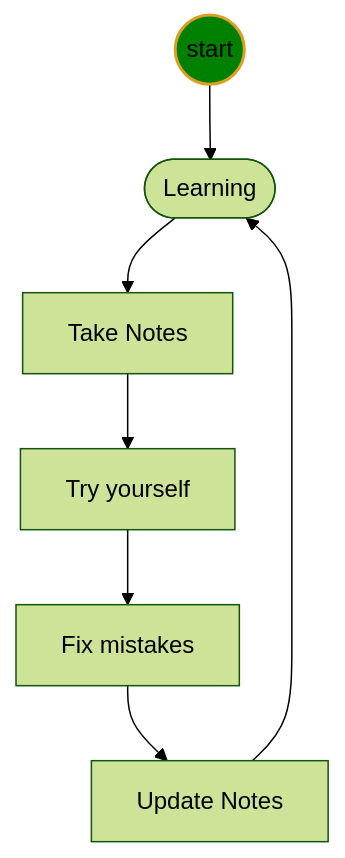
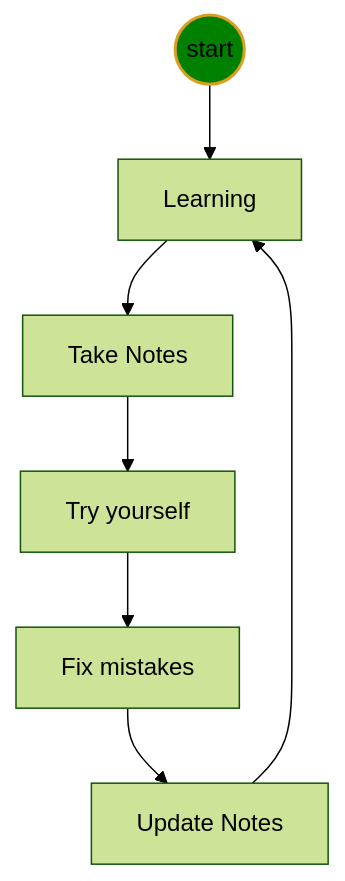
Before and after one commit to jwang1122/python1: the diagram in ReadMe.md, drawn with Mermaid (forest theme). The commit also changed other lines of this file and 7 other files, not shown here.

````diff
--- a/ReadMe.md
+++ b/ReadMe.md
@@ -11,14 +54,14 @@
 ```mermaid
 graph TB
 A((start))
-B([Learning])
+B[Learning]
 C[Take Notes]
 D[Try yourself]
 E[Fix mistakes]
 F[Update Notes]
 
 A-->B-->C-->D-->E-->F-->B
 
 classDef start fill:green,stroke:#DE9E1F,stroke-width:2px;
 class A start
 ```
````
